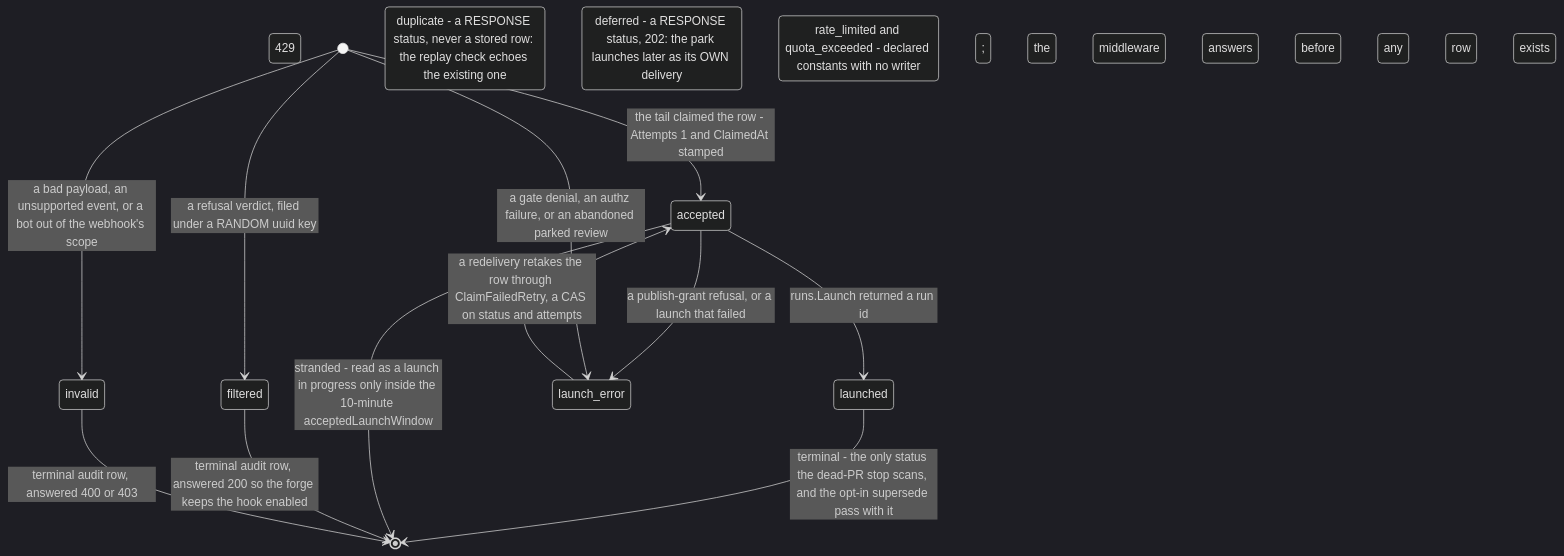
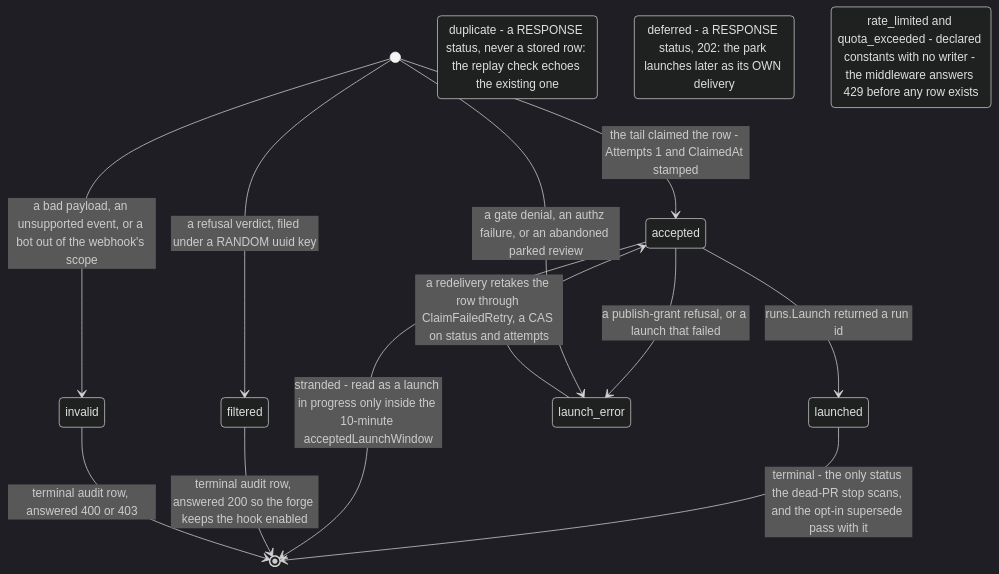
Before and after one commit to SocialGouv/iterion: the diagram in docs/diagrams/flow-webhook-to-run.md, drawn with Mermaid (dark theme). The commit also changed other lines of this file and 4 other files, not shown here.

First line of the commit message:
docs: align 5 pages with the code the forge-connect-enable-bot and webhook-to-run flows were drawn from

````diff
--- a/docs/diagrams/flow-webhook-to-run.md
+++ b/docs/diagrams/flow-webhook-to-run.md
@@ -130,18 +40,18 @@
 ```mermaid
 stateDiagram-v2
 %% vocabulary: webhooks.Delivery.Status
     [*] --> accepted: the tail claimed the row - Attempts 1 and ClaimedAt stamped
     [*] --> filtered: a refusal verdict, filed under a RANDOM uuid key
     [*] --> invalid: a bad payload, an unsupported event, or a bot out of the webhook's scope
     accepted --> launched: runs.Launch returned a run id
     accepted --> launch_error: a publish-grant refusal, or a launch that failed
     [*] --> launch_error: a gate denial, an authz failure, or an abandoned parked review
     launch_error --> accepted: a redelivery retakes the row through ClaimFailedRetry, a CAS on status and attempts
     launched --> [*]: terminal - the only status the dead-PR stop scans, and the opt-in supersede pass with it
     accepted --> [*]: stranded - read as a launch in progress only inside the 10-minute acceptedLaunchWindow
     filtered --> [*]: terminal audit row, answered 200 so the forge keeps the hook enabled
     invalid --> [*]: terminal audit row, answered 400 or 403
     duplicate: duplicate - a RESPONSE status, never a stored row: the replay check echoes the existing one
     deferred: deferred - a RESPONSE status, 202: the park launches later as its OWN delivery
-    unwritten: rate_limited and quota_exceeded - declared constants with no writer; the middleware answers 429 before any row exists
+    unwritten: rate_limited and quota_exceeded - declared constants with no writer - the middleware answers 429 before any row exists
 ```
````
